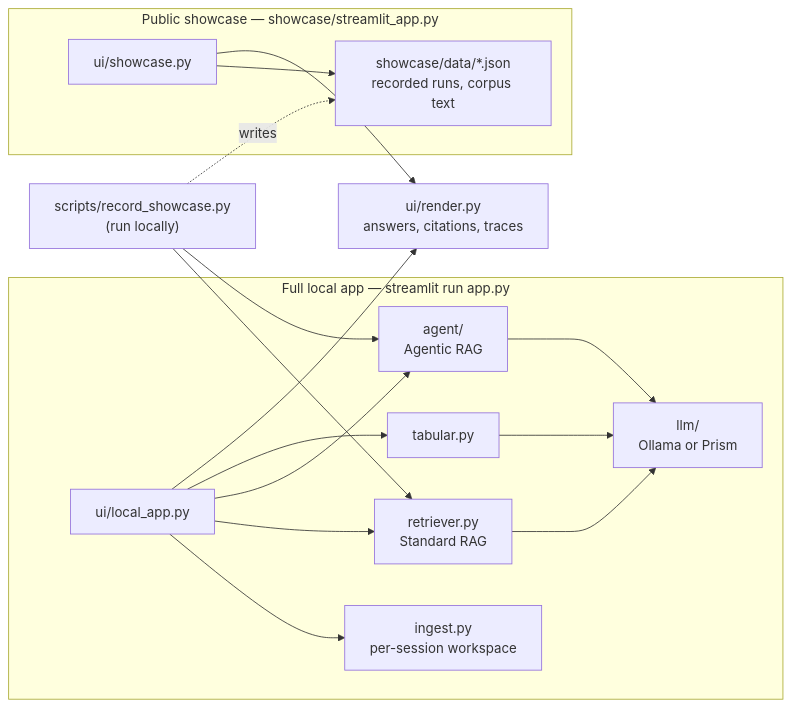
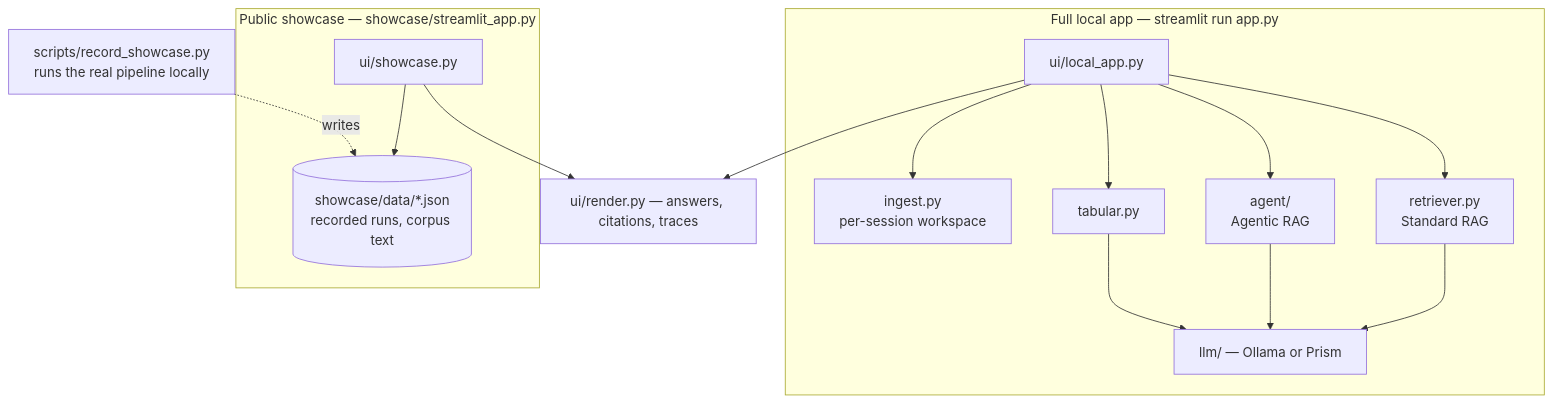
Before and after one commit to Namantyagi2727/ragbase: the first of 7 diagrams in docs/ARCHITECTURE.md, drawn with Mermaid. The commit also changed 1 other file, not shown here.

Commit message:
Tidy two diagrams after checking GitHub's rendering
The README overview's last node was clipped and the first architecture
diagram sprawled; both now use shorter labels and a simpler layout.

````diff
--- a/docs/ARCHITECTURE.md
+++ b/docs/ARCHITECTURE.md
@@ -19,20 +19,18 @@
 ```mermaid
-flowchart LR
+flowchart TB
     subgraph local["Full local app — streamlit run app.py"]
         LA["ui/local_app.py"] --> ING["ingest.py<br/>per-session workspace"]
         LA --> RET["retriever.py<br/>Standard RAG"]
         LA --> AG["agent/<br/>Agentic RAG"]
         LA --> TAB["tabular.py"]
-        RET --> LLM["llm/<br/>Ollama or Prism"]
+        RET --> LLM["llm/ — Ollama or Prism"]
         AG --> LLM
         TAB --> LLM
     end
     subgraph show["Public showcase — showcase/streamlit_app.py"]
-        SC["ui/showcase.py"] --> DATA["showcase/data/*.json<br/>recorded runs, corpus text"]
+        SC["ui/showcase.py"] --> DATA[("showcase/data/*.json<br/>recorded runs, corpus text")]
     end
-    LA --> R["ui/render.py<br/>answers, citations, traces"]
+    LA --> R["ui/render.py — answers, citations, traces"]
     SC --> R
-    REC["scripts/record_showcase.py<br/>(run locally)"] -. writes .-> DATA
-    REC --> RET
-    REC --> AG
+    REC["scripts/record_showcase.py<br/>runs the real pipeline locally"] -. writes .-> DATA
 ```
````
